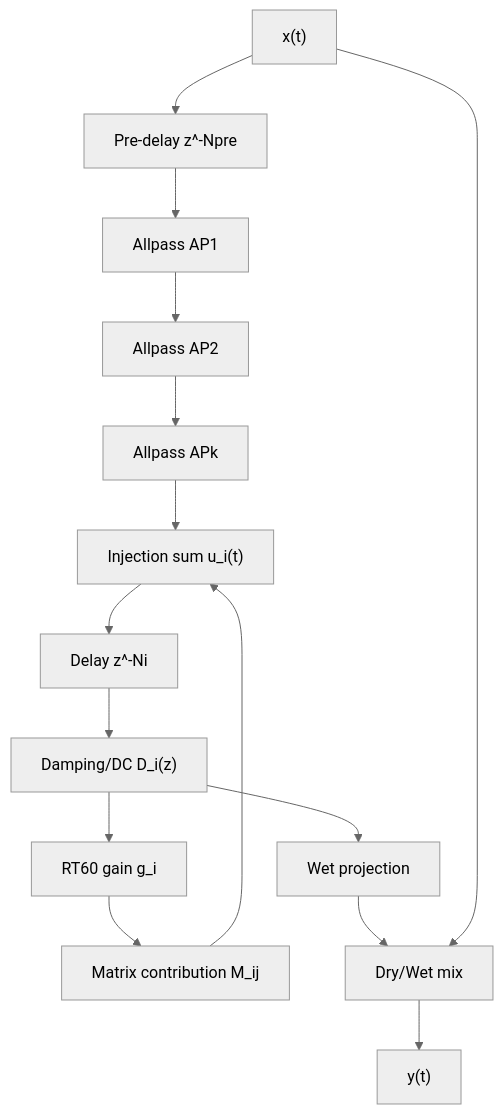
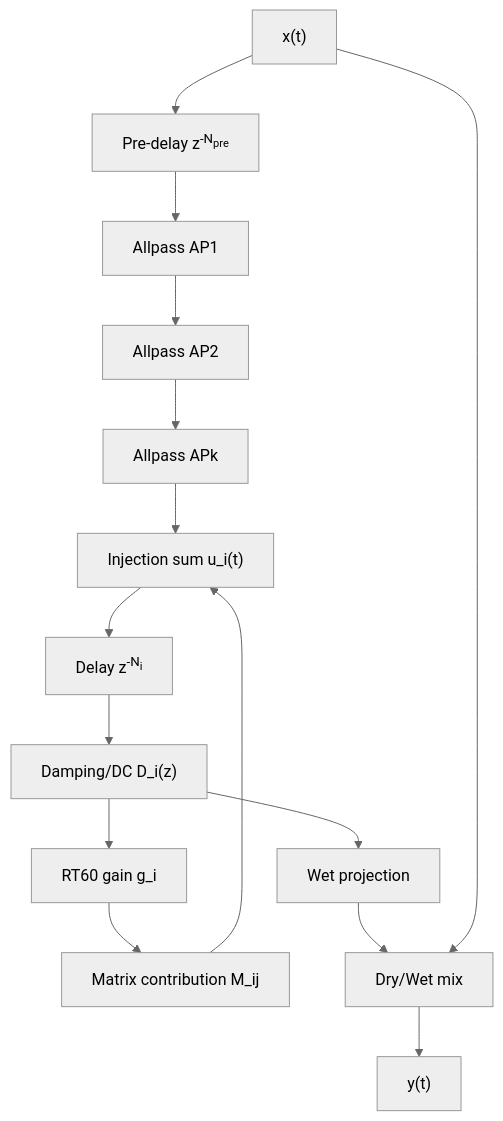
One commit to TheColby/verbx changed diagram 13 of 15 in README.md. Above: the diagram before and after it, drawn with Mermaid (neutral theme). The commit also changed other lines of this file, not shown here.

Commit message:
docs: add instant sonic quickstart and math-style delay labels

````diff
--- a/README.md
+++ b/README.md
@@ -1639,17 +1653,17 @@
 ```mermaid
 flowchart TD
-  X["x(t)"] --> PRE["Pre-delay z^-Npre"]
+  X["x(t)"] --> PRE["Pre-delay z<sup>-N<sub>pre</sub></sup>"]
   PRE --> AP1["Allpass AP1"]
   AP1 --> AP2["Allpass AP2"]
   AP2 --> APK["Allpass APk"]
   APK --> SUM["Injection sum u_i(t)"]
-  SUM --> DEL["Delay z^-Ni"]
+  SUM --> DEL["Delay z<sup>-N<sub>i</sub></sup>"]
   DEL --> DAMP["Damping/DC D_i(z)"]
   DAMP --> GAIN["RT60 gain g_i"]
   GAIN --> MMIX["Matrix contribution M_ij"]
   MMIX --> SUM
   DAMP --> PROJ["Wet projection"]
   PROJ --> MIX["Dry/Wet mix"]
   X --> MIX
   MIX --> Y["y(t)"]
 ```
````
